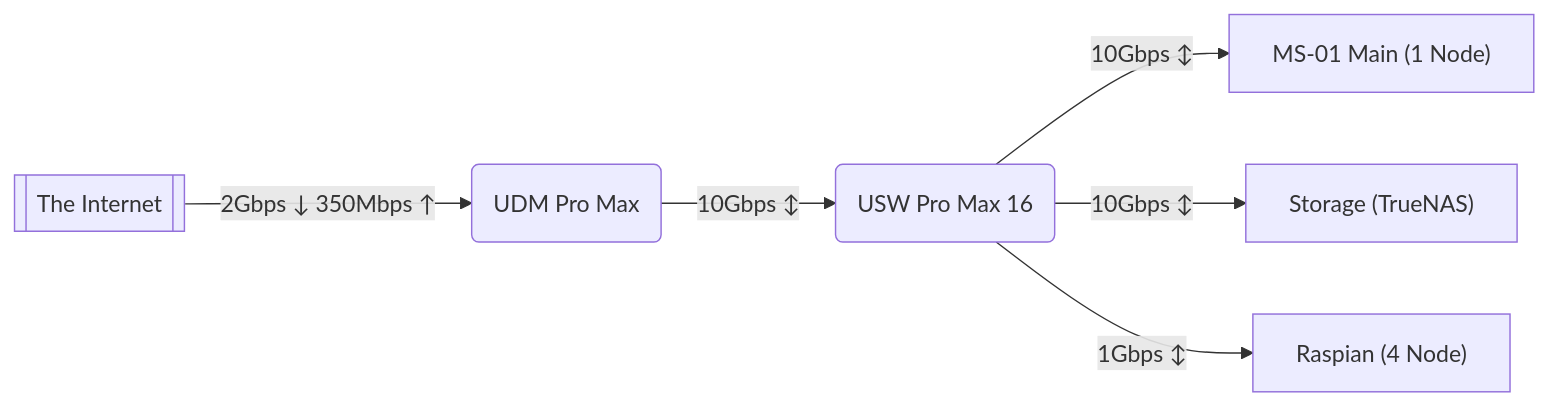
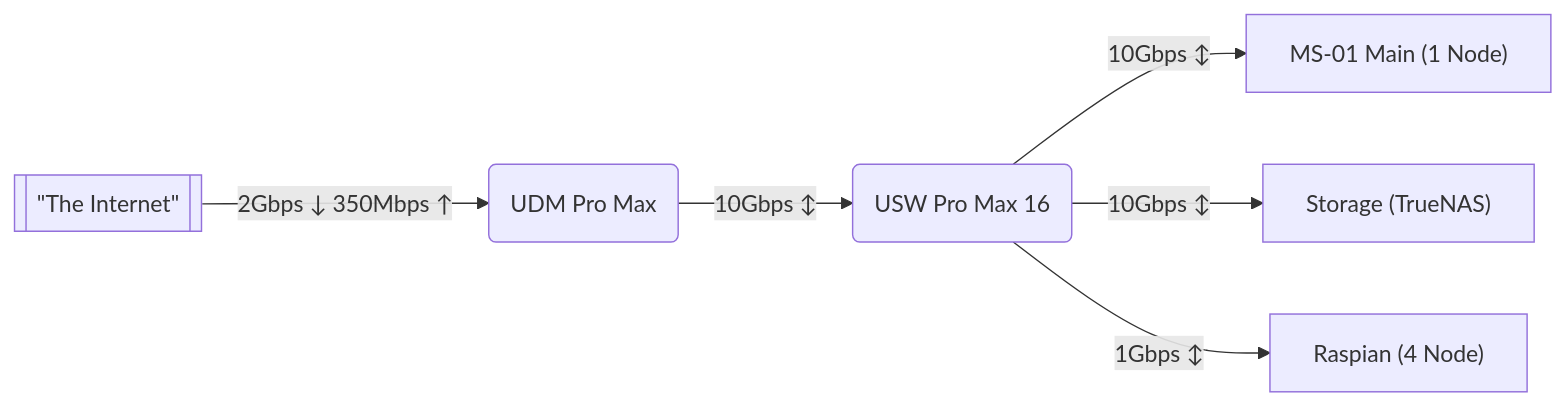
Before and after one commit to kashalls/home-cluster: the diagram in README.md, drawn with Mermaid.

Commit message:
chore(readme): update network section

````diff
--- a/README.md
+++ b/README.md
@@ -67,8 +67,8 @@
 ```mermaid
 flowchart LR
-    A[[""The Internet""]] -- 2Gbps ↓ 350Mbps  ↑ --> B("UDM Pro Max");
+    A[["#quot;The Internet#quot;"]] -- 2Gbps ↓ 350Mbps  ↑ --> B("UDM Pro Max");
     B -- 10Gbps ↕ --> C("USW Pro Max 16")
     C -- 10Gbps ↕ --> D["MS-01 Main (1 Node)"]
     C -- 10Gbps ↕ --> E["Storage (TrueNAS)"]
     C -- 1Gbps ↕ --> F["Raspian (4 Node)"]
 ```
````
